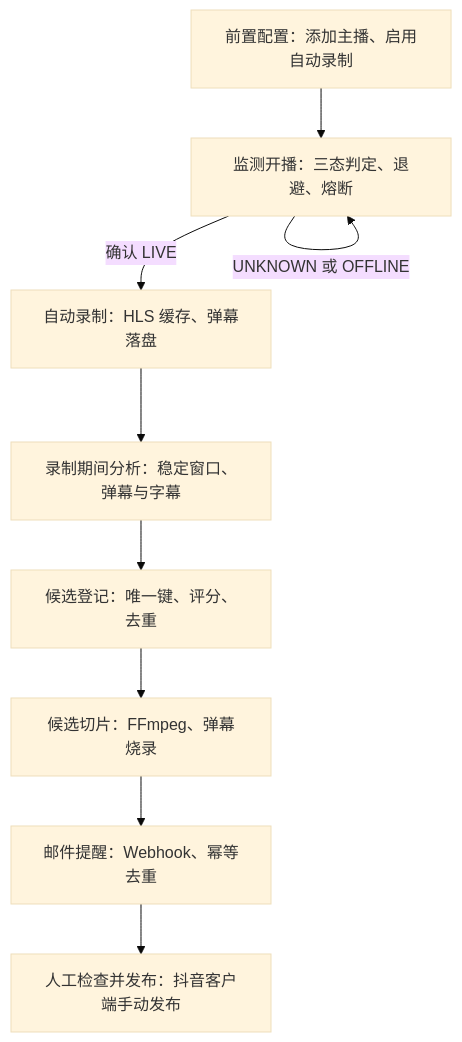
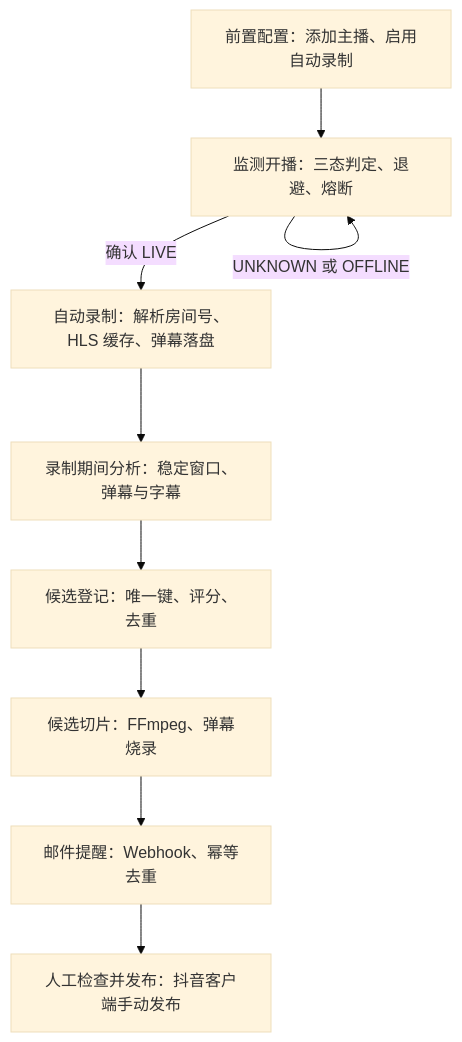
The diagram in docs/automation-plan/douyin-automation-functional-description.md (wyunlong2000/bili-shadowreplay), drawn with Mermaid (base theme) before and after one commit. The commit also changed other lines of this file and 1 other file, not shown here.

````diff
--- a/docs/automation-plan/douyin-automation-functional-description.md
+++ b/docs/automation-plan/douyin-automation-functional-description.md
@@ -19,11 +19,11 @@
 ```mermaid
 flowchart TB
     A["前置配置：添加主播、启用自动录制"] --> B["监测开播：三态判定、退避、熔断"]
-    B -->|确认 LIVE| C["自动录制：HLS 缓存、弹幕落盘"]
+    B -->|确认 LIVE| C["自动录制：解析房间号、HLS 缓存、弹幕落盘"]
     B -->|UNKNOWN 或 OFFLINE| B
     C --> D["录制期间分析：稳定窗口、弹幕与字幕"]
     D --> E["候选登记：唯一键、评分、去重"]
     E --> F["候选切片：FFmpeg、弹幕烧录"]
     F --> G["邮件提醒：Webhook、幂等去重"]
     G --> H["人工检查并发布：抖音客户端手动发布"]
 ```
````
